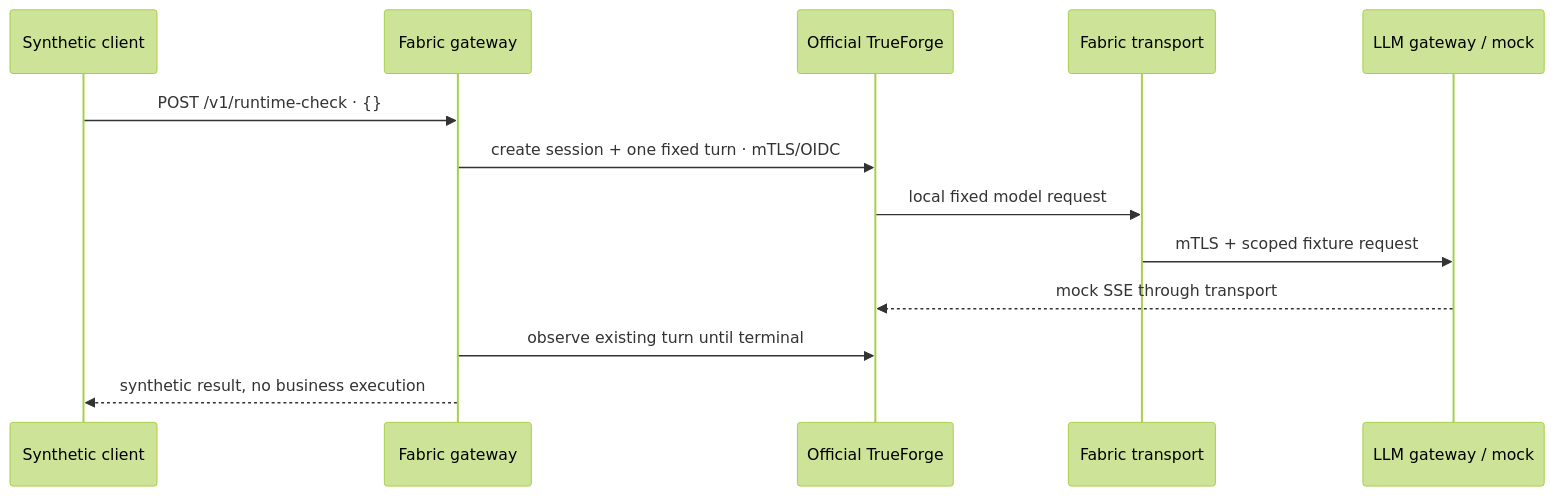
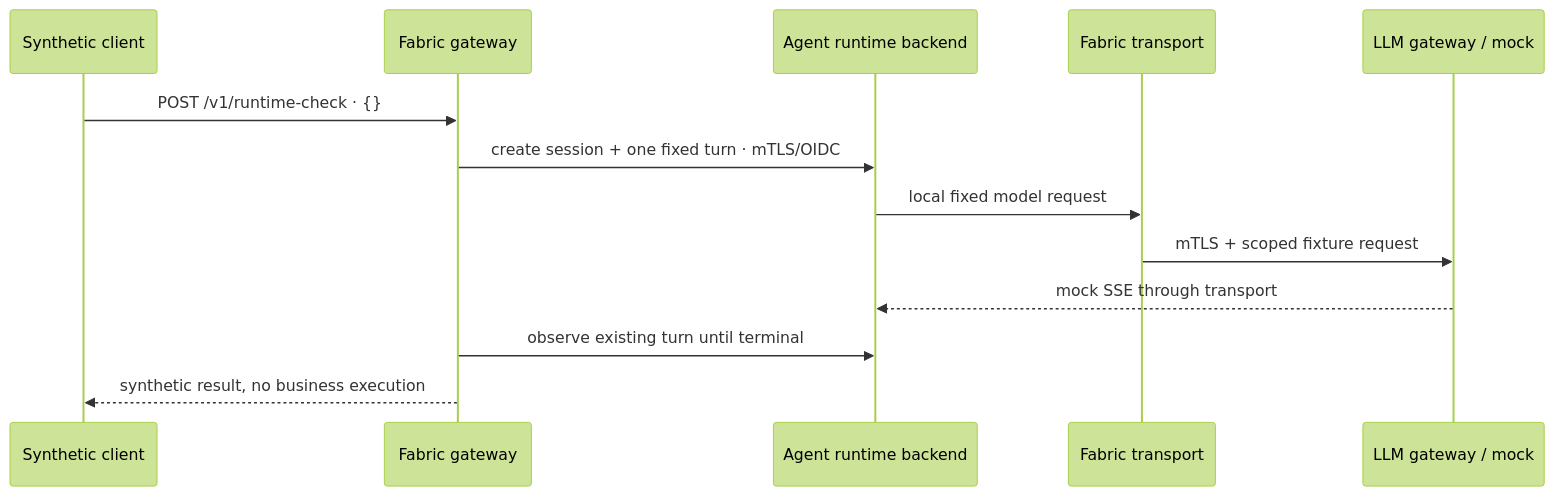
One commit to diaryfolio/aiops-fabric-docs changed the second of 2 diagrams in docs/design/high-level/10-overall/02-runtime-topology-flow.md. Above: the diagram before and after it, drawn with Mermaid (forest theme). The commit also changed other lines of this file and 54 other files, not shown here.

````diff
--- a/docs/design/high-level/10-overall/02-runtime-topology-flow.md
+++ b/docs/design/high-level/10-overall/02-runtime-topology-flow.md
@@ -42,15 +42,15 @@
 ```mermaid
 sequenceDiagram
     participant C as Synthetic client
     participant G as Fabric gateway
-    participant T as Official TrueForge
+    participant T as Agent runtime backend
     participant B as Fabric transport
     participant M as LLM gateway / mock
     C->>G: POST /v1/runtime-check · {}
     G->>T: create session + one fixed turn · mTLS/OIDC
     T->>B: local fixed model request
     B->>M: mTLS + scoped fixture request
     M-->>T: mock SSE through transport
     G->>T: observe existing turn until terminal
     G-->>C: synthetic result, no business execution
 ```
````
